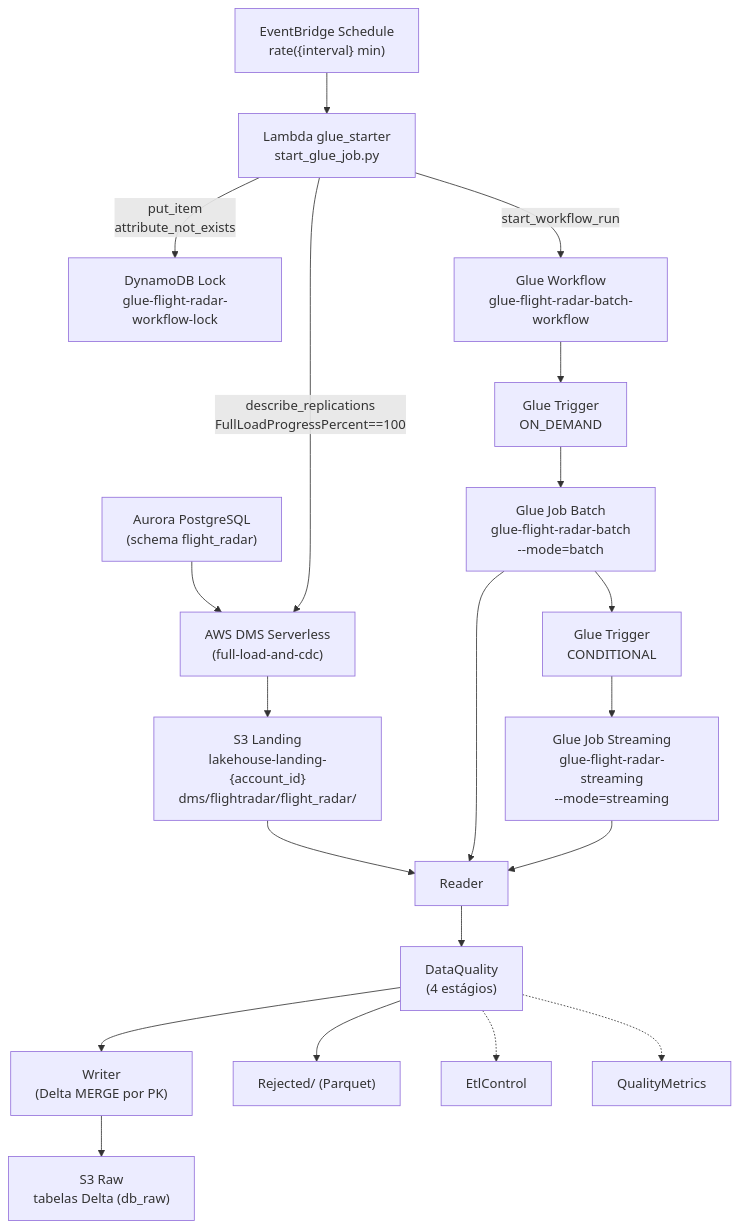
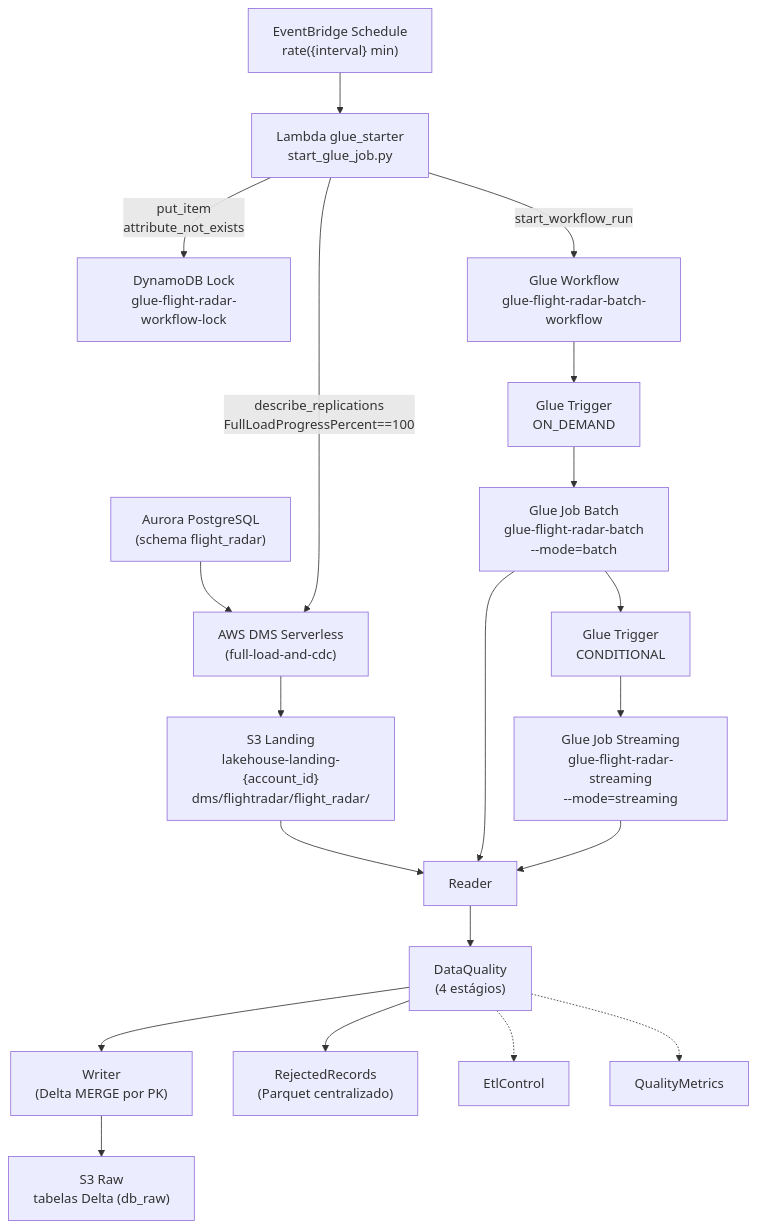
The first of 3 diagrams in docs-sdd/arquitetura.md (jamilvilela/aws-streaming-flight-radar-glue), drawn with Mermaid before and after one commit. The commit also changed other lines of this file and 27 other files, not shown here.

````diff
--- a/docs-sdd/arquitetura.md
+++ b/docs-sdd/arquitetura.md
@@ -125,41 +149,41 @@
 ```mermaid
 flowchart TD
     AURO["Aurora PostgreSQL<br/>(schema flight_radar)"]
     DMS["AWS DMS Serverless<br/>(full-load-and-cdc)"]
     LAND["S3 Landing<br/>lakehouse-landing-{account_id}<br/>dms/flightradar/flight_radar/"]
     SCHED["EventBridge Schedule<br/>rate({interval} min)"]
     LAMBDA["Lambda glue_starter<br/>start_glue_job.py"]
     LOCK["DynamoDB Lock<br/>glue-flight-radar-workflow-lock"]
     WF["Glue Workflow<br/>glue-flight-radar-batch-workflow"]
     ON_DEMAND["Glue Trigger<br/>ON_DEMAND"]
     BATCH["Glue Job Batch<br/>glue-flight-radar-batch<br/>--mode=batch"]
     TRIG["Glue Trigger<br/>CONDITIONAL"]
     STREAM["Glue Job Streaming<br/>glue-flight-radar-streaming<br/>--mode=streaming"]
     READER["Reader"]
     DQ["DataQuality<br/>(4 estágios)"]
     WRITER["Writer<br/>(Delta MERGE por PK)"]
-    REJ["Rejected/ (Parquet)"]
+    REJ["RejectedRecords<br/>(Parquet centralizado)"]
     RAW["S3 Raw<br/>tabelas Delta (db_raw)"]
     ETL["EtlControl"]
     QM["QualityMetrics"]
 
     AURO --> DMS
     DMS --> LAND
     SCHED --> LAMBDA
     LAMBDA -->|describe_replications<br/>FullLoadProgressPercent==100| DMS
     LAMBDA -->|put_item<br/>attribute_not_exists| LOCK
     LAMBDA -->|start_workflow_run| WF
     WF --> ON_DEMAND
     ON_DEMAND --> BATCH
     BATCH --> TRIG
     TRIG --> STREAM
     LAND --> READER
     BATCH --> READER
     STREAM --> READER
     READER --> DQ
     DQ --> WRITER
     DQ --> REJ
     WRITER --> RAW
     DQ -.-> ETL
     DQ -.-> QM
 ```
````
